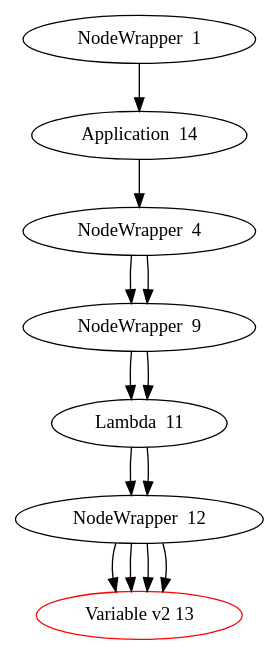
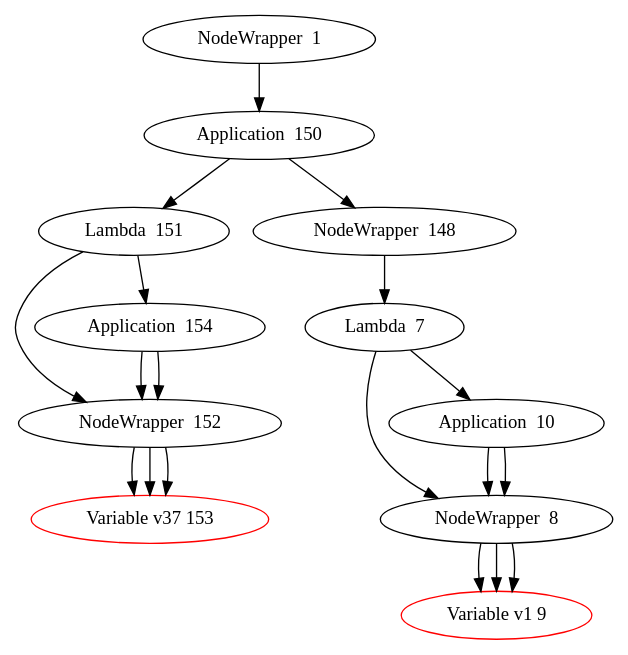
Before and after one commit to niki999922/Matlog: the diagram in Lambda.dot, drawn with Graphviz. The commit also changed 18 other files, not shown here.

```diff
--- a/Lambda.dot
+++ b/Lambda.dot
@@ -1,35 +1,40 @@
 digraph Lambda {
-1128032093 [label="NodeWrapper  1"];
-1128032093 -> {195600860};
-195600860 [label="Application  14"];
-195600860 -> {670700378, 670700378};
-670700378 [label="NodeWrapper  4"];
-670700378 -> {636718812};
-636718812 [label="NodeWrapper  9"];
-636718812 -> {1558600329};
-1558600329 [label="Lambda  11"];
-1558600329 -> {1051754451, 1051754451};
-1051754451 [label="NodeWrapper  12"];
-1051754451 -> {1349277854};
-1349277854 [label="Variable v2 13", color=red];
-1349277854 -> {};
-1051754451 [label="NodeWrapper  12"];
-1051754451 -> {1349277854};
-1349277854 [label="Variable v2 13", color=red];
-1349277854 -> {};
-670700378 [label="NodeWrapper  4"];
-670700378 -> {636718812};
-636718812 [label="NodeWrapper  9"];
-636718812 -> {1558600329};
-1558600329 [label="Lambda  11"];
-1558600329 -> {1051754451, 1051754451};
-1051754451 [label="NodeWrapper  12"];
-1051754451 -> {1349277854};
-1349277854 [label="Variable v2 13", color=red];
-1349277854 -> {};
-1051754451 [label="NodeWrapper  12"];
-1051754451 -> {1349277854};
-1349277854 [label="Variable v2 13", color=red];
-1349277854 -> {};
+443308702 [label="NodeWrapper  1"];
+443308702 -> {166239592};
+166239592 [label="Application  150"];
+166239592 -> {385242642};
+166239592 -> {914504136};
+385242642 [label="Lambda  151"];
+385242642 -> {824009085};
+385242642 -> {2085857771};
+824009085 [label="NodeWrapper  152"];
+824009085 -> {248609774};
+248609774 [label="Variable v37 153", color=red];
+2085857771 [label="Application  154"];
+2085857771 -> {824009085};
+2085857771 -> {824009085};
+824009085 [label="NodeWrapper  152"];
+824009085 -> {248609774};
+248609774 [label="Variable v37 153", color=red];
+824009085 [label="NodeWrapper  152"];
+824009085 -> {248609774};
+248609774 [label="Variable v37 153", color=red];
+914504136 [label="NodeWrapper  148"];
+914504136 -> {1190654826};
+1190654826 [label="Lambda  7"];
+1190654826 -> {636718812};
+1190654826 -> {445051633};
+636718812 [label="NodeWrapper  8"];
+636718812 -> {1051754451};
+1051754451 [label="Variable v1 9", color=red];
+445051633 [label="Application  10"];
+445051633 -> {636718812};
+445051633 -> {636718812};
+636718812 [label="NodeWrapper  8"];
+636718812 -> {1051754451};
+1051754451 [label="Variable v1 9", color=red];
+636718812 [label="NodeWrapper  8"];
+636718812 -> {1051754451};
+1051754451 [label="Variable v1 9", color=red];
 
 }
```
